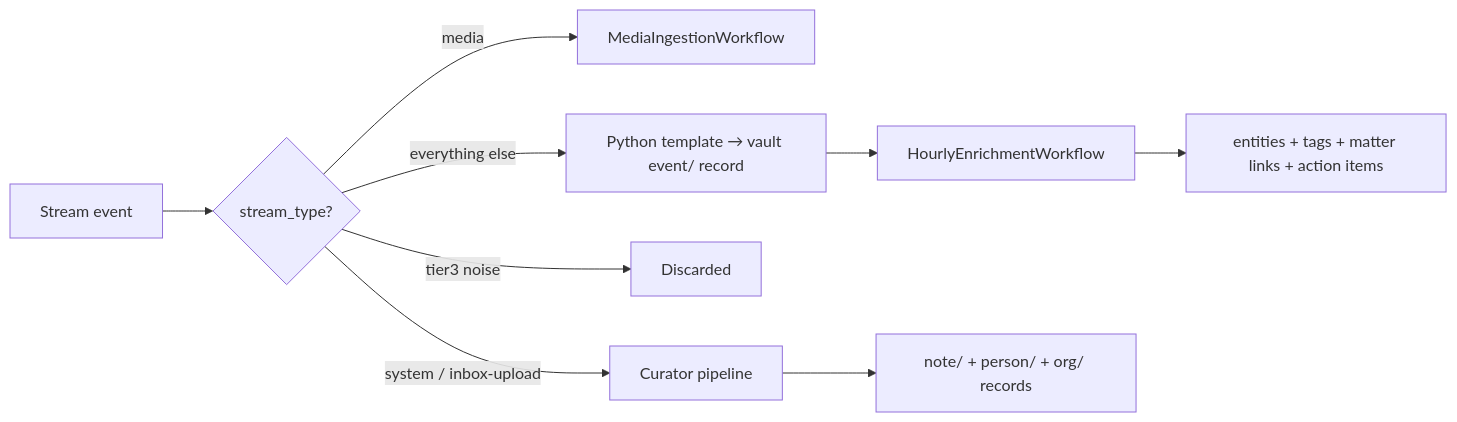
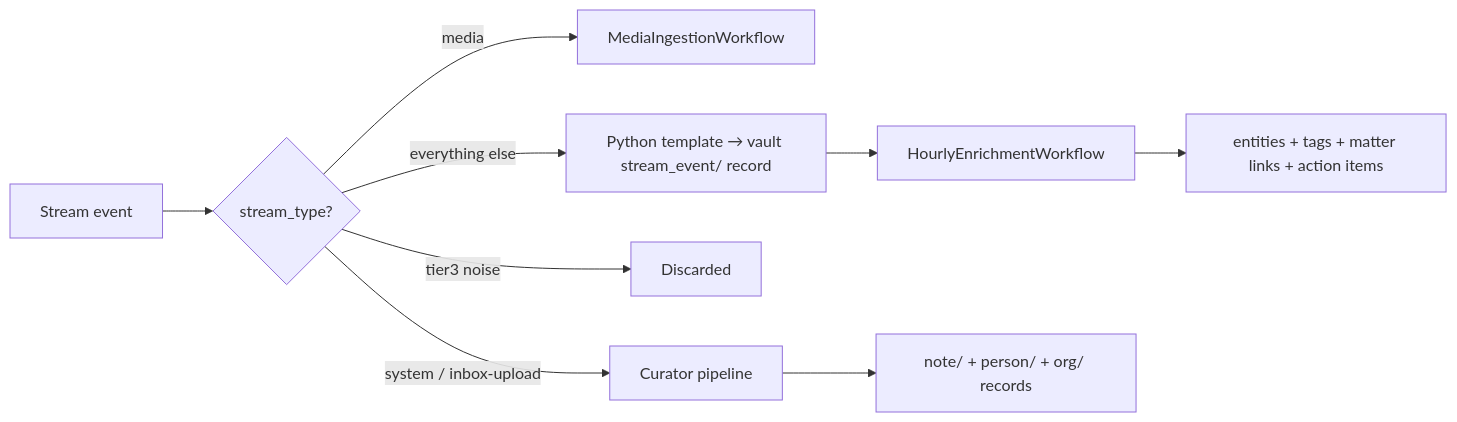
One commit to ssdavidai/alfred-documentation changed the diagram in architecture/data.mdx. Above: the diagram before and after it, drawn with Mermaid. The commit also changed other lines of this file and 23 other files, not shown here.

````diff
--- a/architecture/data.mdx
+++ b/architecture/data.mdx
@@ -92,11 +98,11 @@
 ```mermaid
 graph LR
     A[Stream event] --> B{stream_type?}
     B -->|media| MEDIA[MediaIngestionWorkflow]
     B -->|system / inbox-upload| INBOX[Curator pipeline]
     B -->|tier3 noise| DROP[Discarded]
-    B -->|everything else| TPL[Python template → vault event/ record]
+    B -->|everything else| TPL[Python template → vault stream_event/ record]
     TPL --> ENRICH[HourlyEnrichmentWorkflow]
     INBOX --> NOTE[note/ + person/ + org/ records]
     ENRICH --> ENRICHED[entities + tags + matter links + action items]
 ```
````
